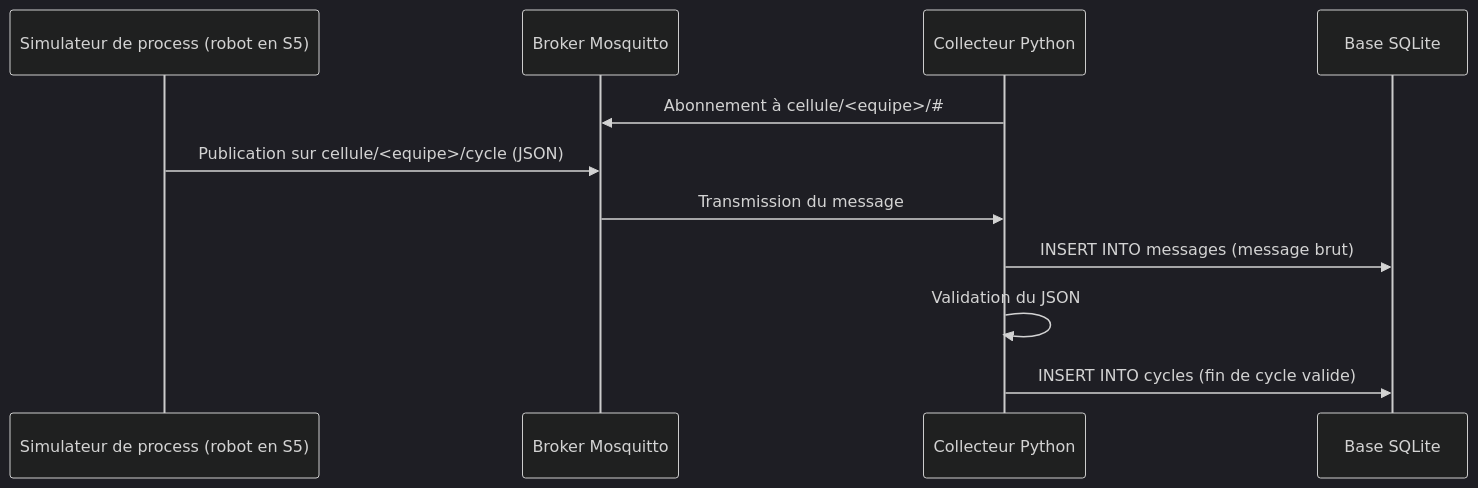
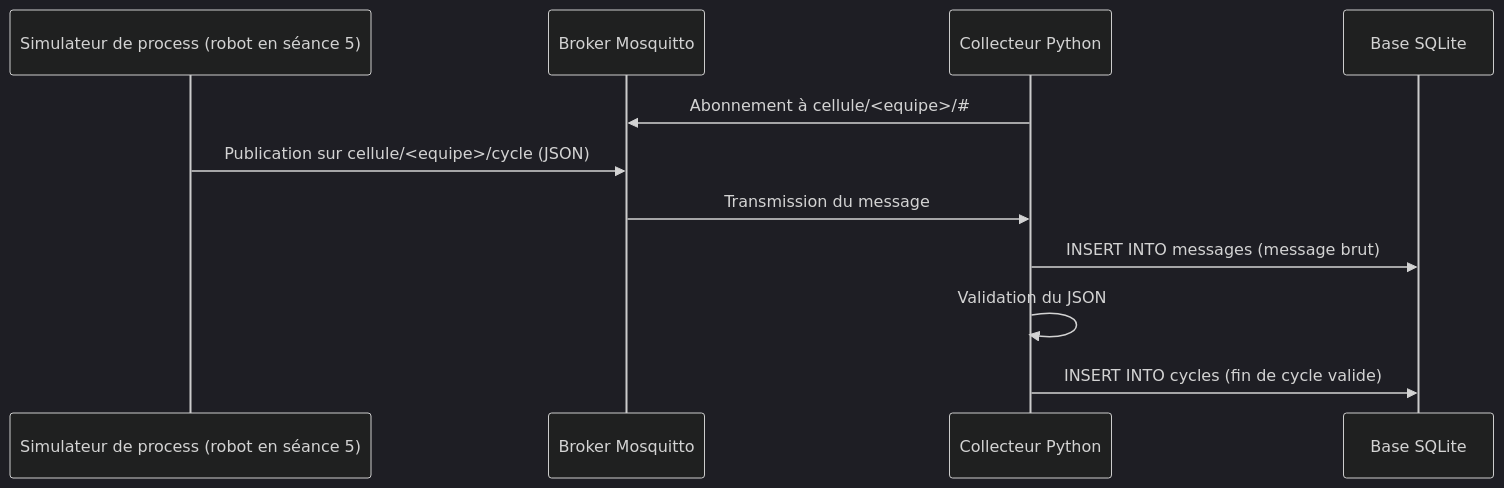
One commit to fabrice1618/niryo2 changed the second of 4 diagrams in progression_pedagogique/BACHINGE24.md. Above: the diagram before and after it, drawn with Mermaid (dark theme). The commit also changed other lines of this file and 2 other files, not shown here.

````diff
--- a/progression_pedagogique/BACHINGE24.md
+++ b/progression_pedagogique/BACHINGE24.md
@@ -213,13 +232,13 @@
 ```mermaid
 sequenceDiagram
-    participant SIM as Simulateur de process (robot en S5)
+    participant SIM as Simulateur de process (robot en séance 5)
     participant B as Broker Mosquitto
     participant C as Collecteur Python
     participant DB as Base SQLite
     C->>B: Abonnement à cellule/<equipe>/#35;
     SIM->>B: Publication sur cellule/<equipe>/cycle (JSON)
     B->>C: Transmission du message
     C->>DB: INSERT INTO messages (message brut)
     C->>C: Validation du JSON
     C->>DB: INSERT INTO cycles (fin de cycle valide)
 ```
````
